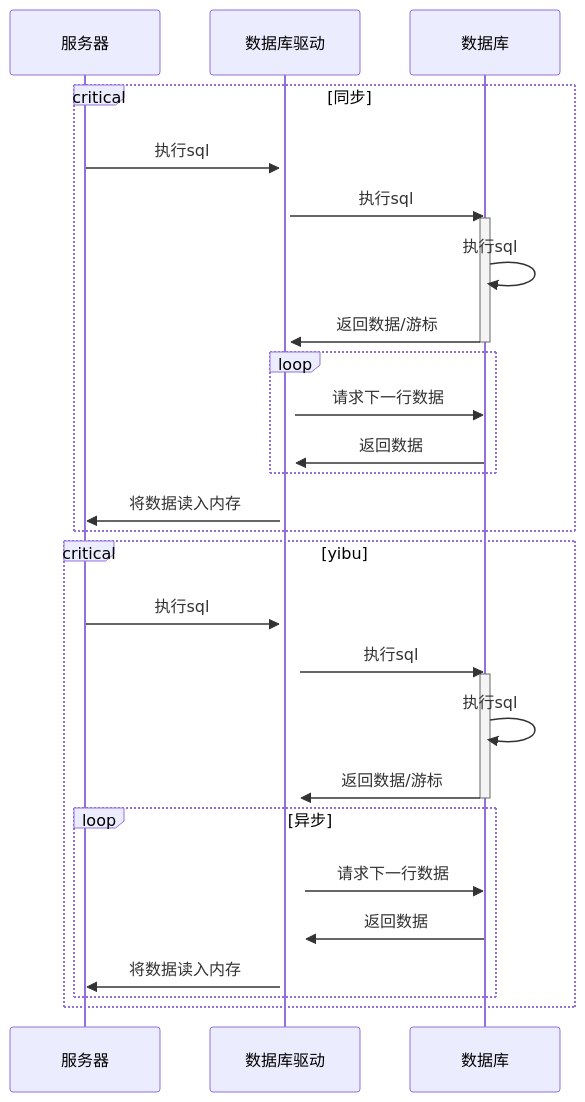
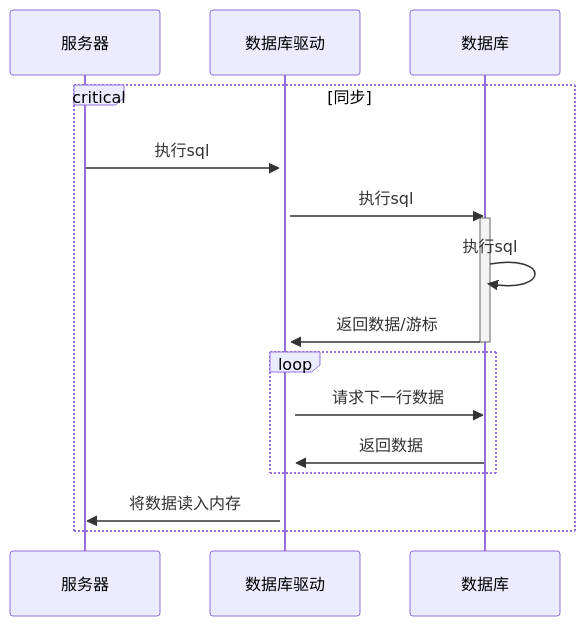
One commit to HY-10-8/iodraw-files changed the diagram in all/AI-服务查询数据.md. Above: the diagram before and after it, drawn with Mermaid.

Commit message:
2025-11-27 17:59:41 update

````diff
--- a/all/AI-服务查询数据.md
+++ b/all/AI-服务查询数据.md
@@ -1,37 +1,21 @@
 ```mermaid
 sequenceDiagram
     
     critical 同步
         服务器->>+数据库驱动: 执行sql
         数据库驱动->>数据库:执行sql
 
         activate 数据库
         数据库->>数据库: 执行sql
         数据库->>+数据库驱动: 返回数据/游标
         deactivate 数据库
 
         loop 
             数据库驱动->>数据库: 请求下一行数据
             数据库->>数据库驱动: 返回数据
         end
         数据库驱动->>服务器: 将数据读入内存
     end
 
 
-    critical yibu
-        服务器->>+数据库驱动: 执行sql
-        数据库驱动->>数据库:执行sql
-
-        activate 数据库
-        数据库->>数据库: 执行sql
-        数据库->>+数据库驱动: 返回数据/游标
-        deactivate 数据库
-
-        loop 异步
-            数据库驱动->>数据库: 请求下一行数据
-            数据库->>数据库驱动: 返回数据
-            数据库驱动->>服务器: 将数据读入内存
-        end
-    end
-
 ```
````
